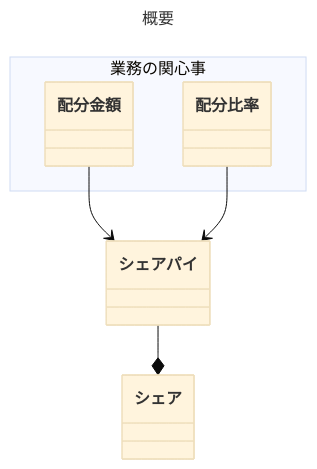
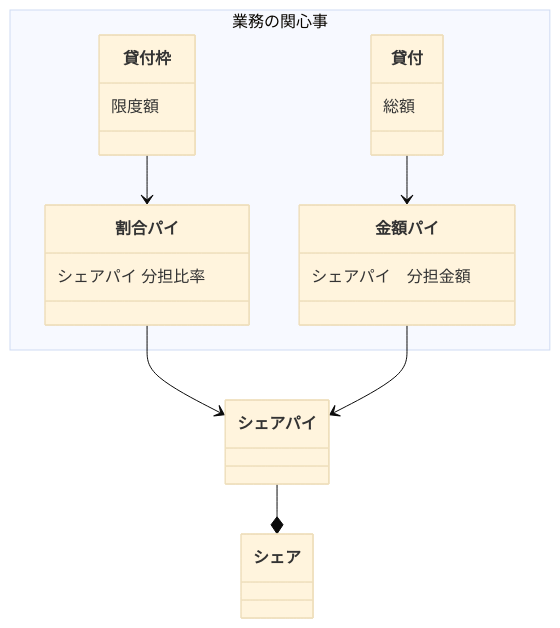
Before and after one commit to masuda220/business-logic-patterns: the diagram in src/main/java/com/example/domain/model/jjugccc2024/advanced/proportion/概要クラス図.mmd, drawn with Mermaid (base theme). The commit also changed 9 other files, not shown here.

```diff
--- a/src/main/java/com/example/domain/model/jjugccc2024/advanced/proportion/概要クラス図.mmd
+++ b/src/main/java/com/example/domain/model/jjugccc2024/advanced/proportion/概要クラス図.mmd
@@ -1,12 +1,21 @@
----
-title: 概要
----
 classDiagram
-    配分金額 --> シェアパイ
-    配分比率 --> シェアパイ
+    貸付枠 --> 割合パイ
+    貸付 --> 金額パイ
+    割合パイ --> シェアパイ
+    金額パイ --> シェアパイ
     シェアパイ --* シェア
 
     namespace 業務の関心事 {
-        class 配分金額
-        class 配分比率
+        class 貸付枠 {
+            限度額
+        }
+        class 貸付 {
+            総額
+        }
+        class 割合パイ {
+            シェアパイ 分担比率
+        }
+        class 金額パイ {
+            シェアパイ　分担金額
+        }
     }
```
